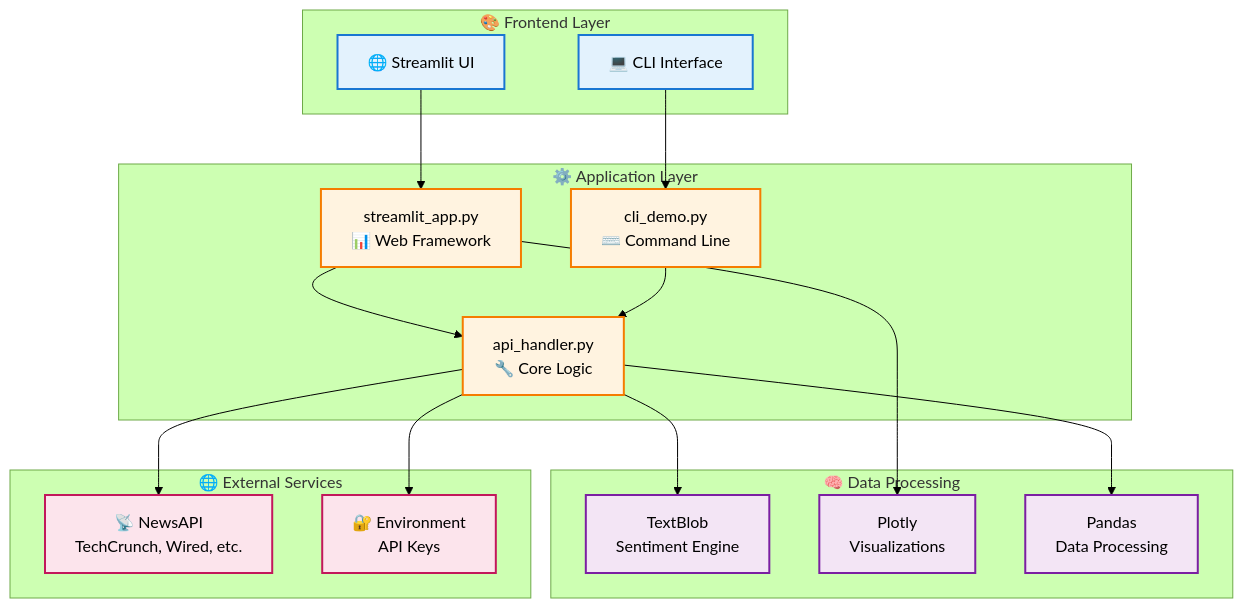
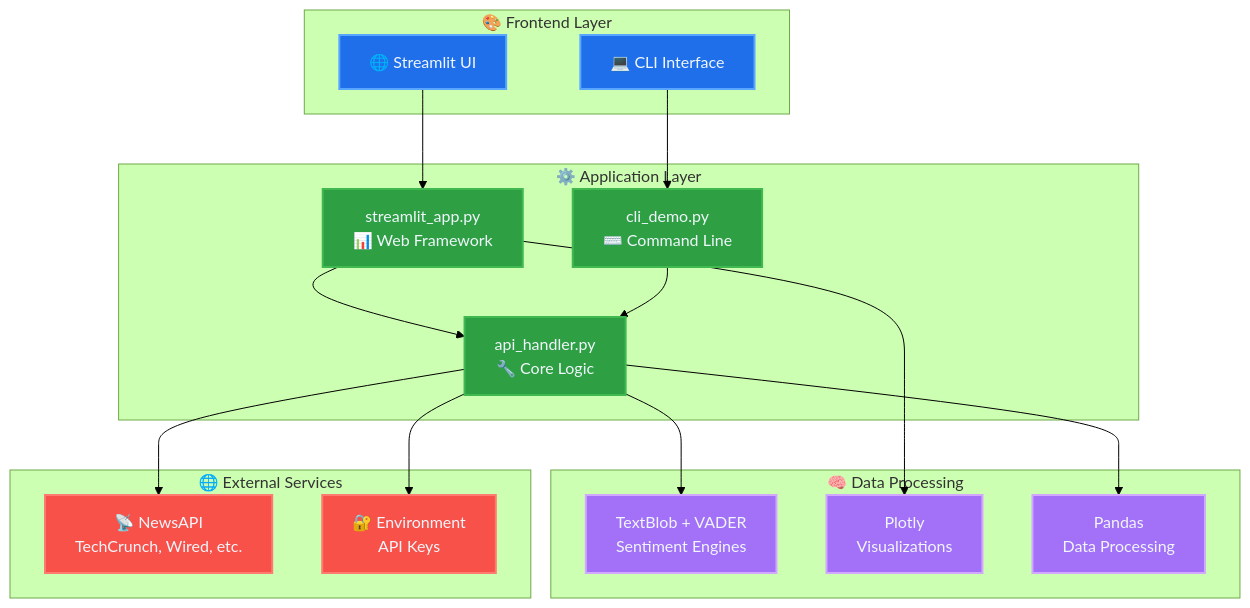
One commit to alexoh2bd/BootcampFinalProject changed the diagram in README.md. Above: the diagram before and after it, drawn with Mermaid (forest theme).

Commit message:
Diagram update: Include VADER & adjust colors in dark theme

````diff
--- a/README.md
+++ b/README.md
@@ -96,44 +96,44 @@
 ```mermaid
 flowchart TB
     subgraph Frontend["🎨 Frontend Layer"]
         A["🌐 Streamlit UI"]
         B["💻 CLI Interface"]
     end
     
     subgraph Application["⚙️ Application Layer"]
         C["api_handler.py<br/>🔧 Core Logic"]
         D["streamlit_app.py<br/>📊 Web Framework"]
         E["cli_demo.py<br/>⌨️ Command Line"]
     end
     
     subgraph Processing["🧠 Data Processing"]
-        F["TextBlob<br/>Sentiment Engine"]
+        F["TextBlob + VADER<br/>Sentiment Engines"]
         G["Plotly<br/>Visualizations"]
         H["Pandas<br/>Data Processing"]
     end
     
     subgraph External["🌐 External Services"]
         I["📡 NewsAPI<br/>TechCrunch, Wired, etc."]
         J["🔐 Environment<br/>API Keys"]
     end
     
     A --> D
     B --> E
     D --> C
     E --> C
     C --> F
     C --> H
     D --> G
     C --> I
     C --> J
     
-    classDef frontend fill:#e3f2fd,stroke:#1976d2,stroke-width:2px
-    classDef application fill:#fff3e0,stroke:#f57c00,stroke-width:2px
-    classDef processing fill:#f3e5f5,stroke:#7b1fa2,stroke-width:2px
-    classDef external fill:#fce4ec,stroke:#c2185b,stroke-width:2px
+    classDef frontend fill:#1f6feb,stroke:#58a6ff,stroke-width:2px,color:#f0f6fc
+    classDef application fill:#2ea043,stroke:#3fb950,stroke-width:2px,color:#f0f6fc
+    classDef processing fill:#a371f7,stroke:#d2a8ff,stroke-width:2px,color:#f0f6fc
+    classDef external fill:#f85149,stroke:#ff7b72,stroke-width:2px,color:#f0f6fc
     
     class A,B frontend
     class C,D,E application
     class F,G,H processing
     class I,J external
 ```
````
